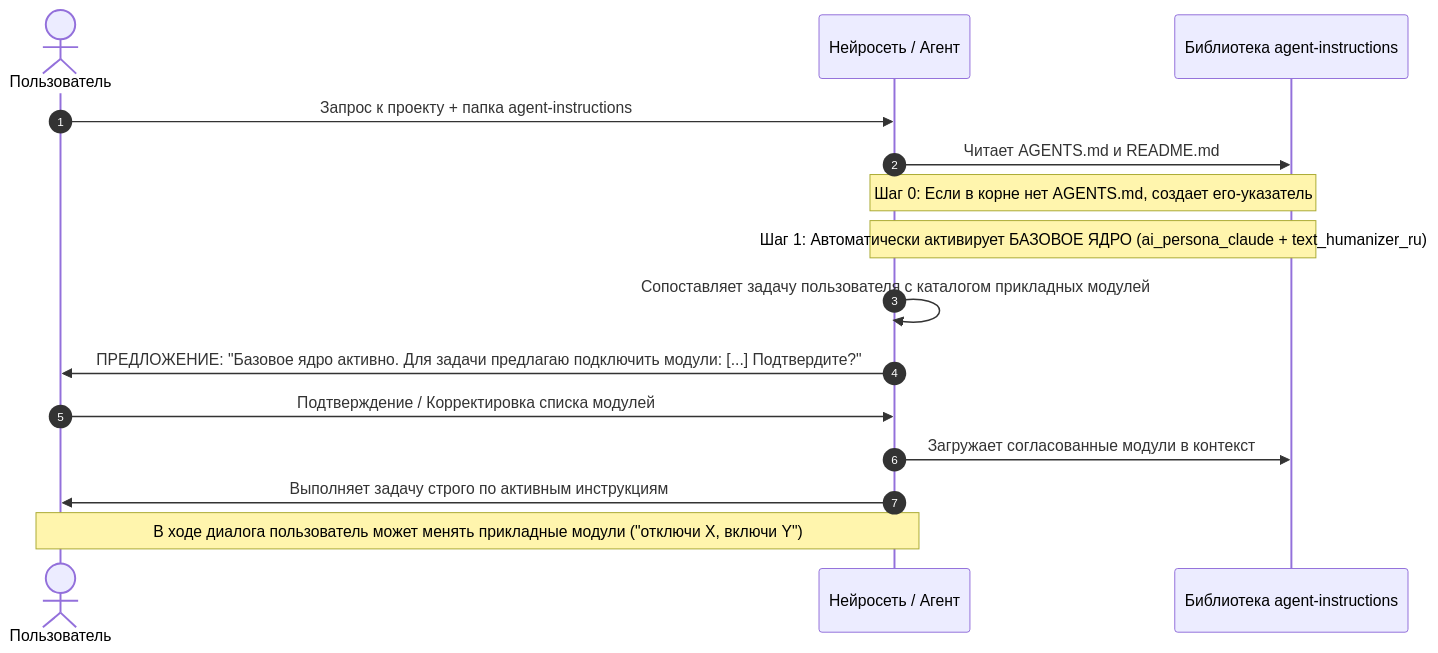
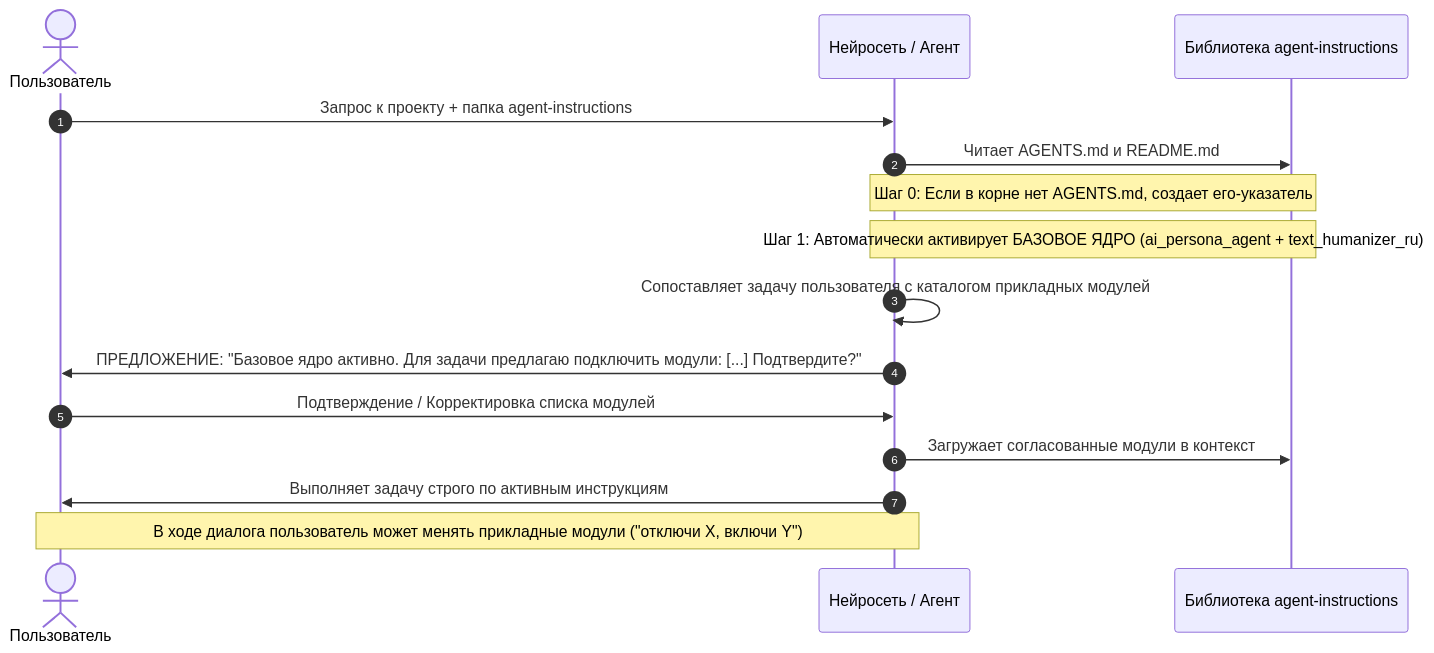
Before and after one commit to James7underland/agent-instructions: the second of 2 diagrams in README.md, drawn with Mermaid. The commit also changed other lines of this file and 4 other files, not shown here.

Commit message:
refactor: rename ai_persona_claude.md to ai_persona_agent.md and update all references

````diff
--- a/README.md
+++ b/README.md
@@ -42,18 +42,18 @@
 ```mermaid
 sequenceDiagram
     autonumber
     actor User as Пользователь
     participant AI as Нейросеть / Агент
     participant Lib as Библиотека agent-instructions
 
     User->>AI: Запрос к проекту + папка agent-instructions
     AI->>Lib: Читает AGENTS.md и README.md
     Note over AI,Lib: Шаг 0: Если в корне нет AGENTS.md, создает его-указатель
-    Note over AI,Lib: Шаг 1: Автоматически активирует БАЗОВОЕ ЯДРО (ai_persona_claude + text_humanizer_ru)
+    Note over AI,Lib: Шаг 1: Автоматически активирует БАЗОВОЕ ЯДРО (ai_persona_agent + text_humanizer_ru)
     AI->>AI: Сопоставляет задачу пользователя с каталогом прикладных модулей
     AI->>User: ПРЕДЛОЖЕНИЕ: "Базовое ядро активно. Для задачи предлагаю подключить модули: [...] Подтвердите?"
     User->>AI: Подтверждение / Корректировка списка модулей
     AI->>Lib: Загружает согласованные модули в контекст
     AI->>User: Выполняет задачу строго по активным инструкциям
     Note over User,AI: В ходе диалога пользователь может менять прикладные модули ("отключи X, включи Y")
 ```
````
